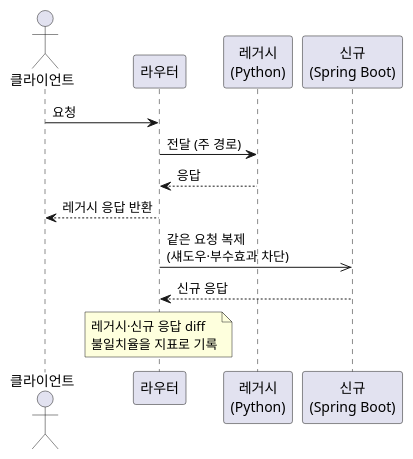
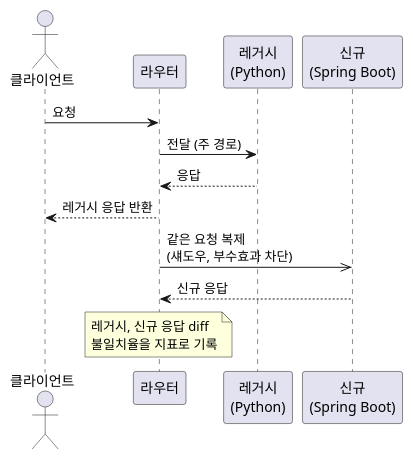
One commit to johnycho/johny-dev changed the second of 2 diagrams in blog/2026-10-14-service-porting-migration-validation.mdx. Above: the diagram before and after it, drawn with PlantUML. The commit also changed other lines of this file and 188 other files, not shown here.

````diff
--- a/blog/2026-10-14-service-porting-migration-validation.mdx
+++ b/blog/2026-10-14-service-porting-migration-validation.mdx
@@ -99,20 +99,20 @@
 ```plantuml
 @startuml
 skinparam defaultFontName sans-serif
 skinparam shadowing false
 skinparam maxMessageSize 150
 
 actor 클라이언트 as c
 participant "라우터" as r
 participant "레거시\n(Python)" as old
 participant "신규\n(Spring Boot)" as neo
 
 c -> r : 요청
 r -> old : 전달 (주 경로)
 old --> r : 응답
 r --> c : 레거시 응답 반환
-r ->> neo : 같은 요청 복제\n(섀도우·부수효과 차단)
+r ->> neo : 같은 요청 복제\n(섀도우, 부수효과 차단)
 neo --> r : 신규 응답
-note over r : 레거시·신규 응답 diff\n불일치율을 지표로 기록
+note over r : 레거시, 신규 응답 diff\n불일치율을 지표로 기록
 @enduml
 ```
````
